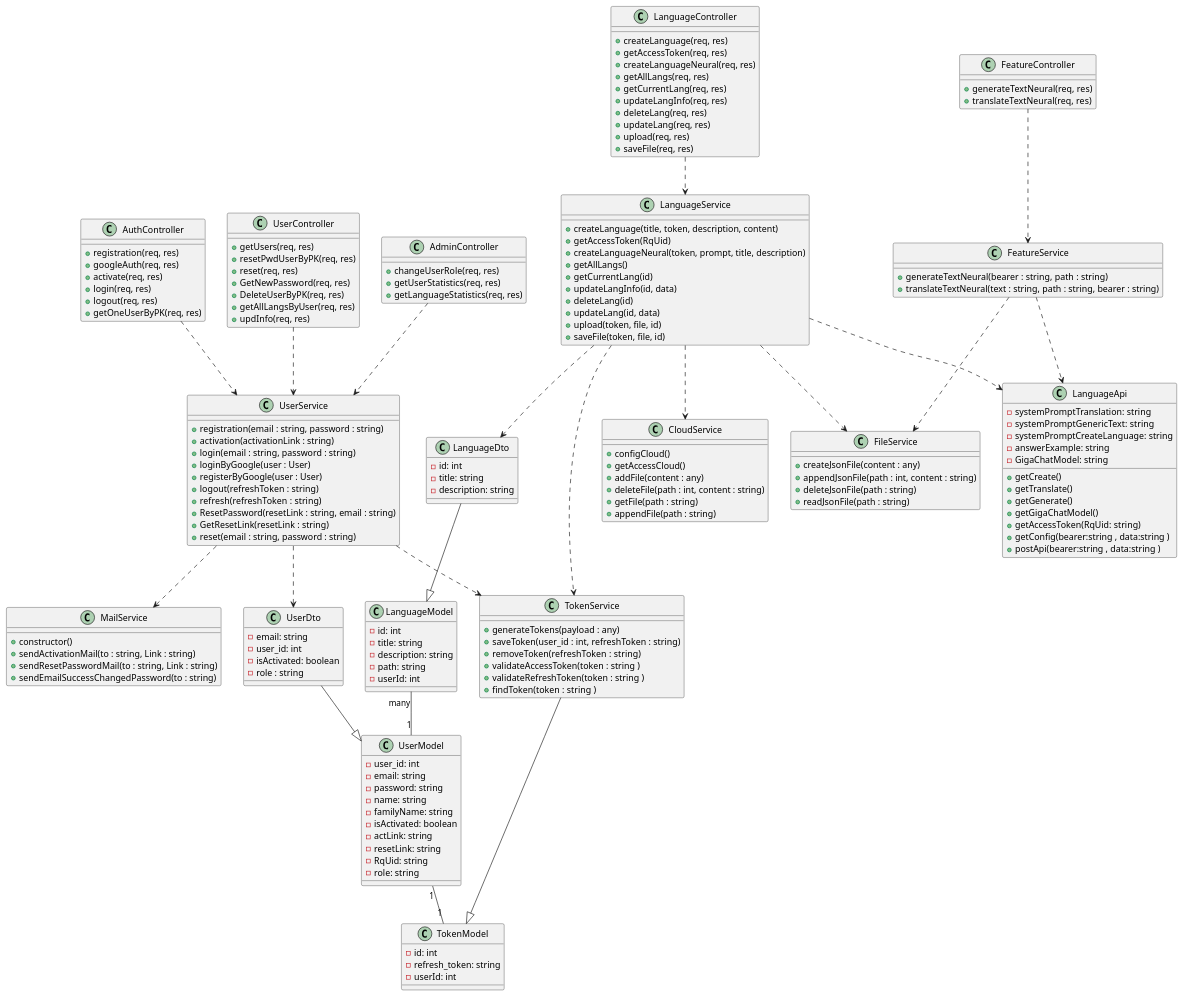
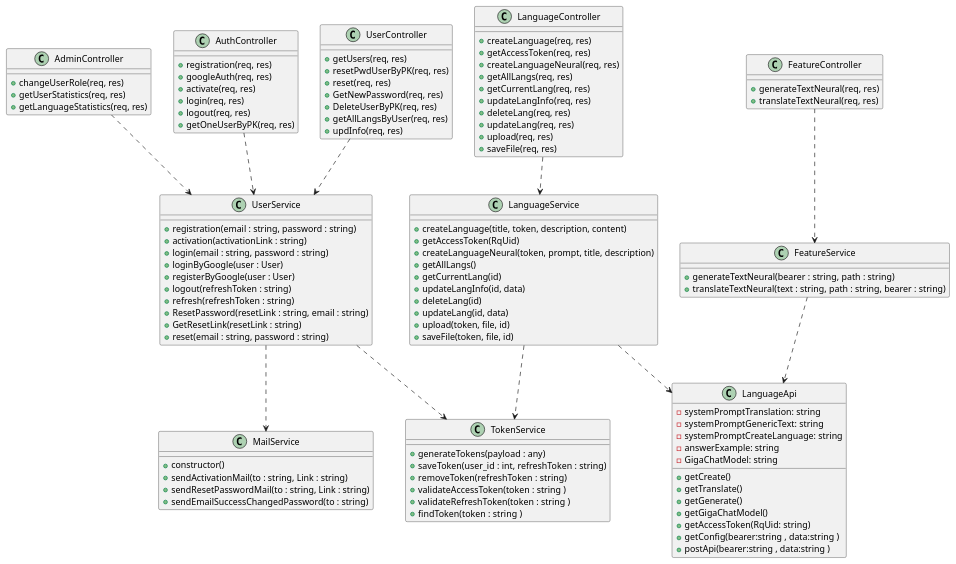
The diagram in server/docs/testclass.wsd (Kittienessless/D_Lingify), drawn with PlantUML before and after one commit. The commit also changed 32 other files, not shown here.

```diff
--- a/server/docs/testclass.wsd
+++ b/server/docs/testclass.wsd
@@ -1,185 +1,120 @@
 @startuml ClassDiagramm
 
-class UserModel { 
--user_id: int 
--email: string 
--password: string 
--name: string 
--familyName: string 
--isActivated: boolean 
--actLink: string 
--resetLink: string 
--RqUid: string 
--role: string 
-}
-
-class TokenModel { 
--id: int 
--refresh_token: string 
--userId: int 
-}
-
-class LanguageModel { 
--id: int 
--title: string 
--description: string 
--path: string 
--userId: int 
-}
-
-class UserDto { 
--email: string 
--user_id: int 
--isActivated: boolean 
--role : string 
-}
-
-class LanguageDto { 
--id: int 
--title: string 
--description: string 
-}
 
 class AuthController { 
 +registration(req, res) 
 +googleAuth(req, res) 
 +activate(req, res) 
 +login(req, res) 
 +logout(req, res) 
 +getOneUserByPK(req, res) 
 }
 
 class UserController { 
 +getUsers(req, res) 
 +resetPwdUserByPK(req, res) 
 +reset(req, res) 
 +GetNewPassword(req, res) 
 +DeleteUserByPK(req, res) 
 +getAllLangsByUser(req, res) 
 +updInfo(req, res) 
 }
 
 class LanguageController { 
 +createLanguage(req, res) 
 +getAccessToken(req, res) 
 +createLanguageNeural(req, res) 
 +getAllLangs(req, res) 
 +getCurrentLang(req, res) 
 +updateLangInfo(req, res) 
 +deleteLang(req, res) 
 +updateLang(req, res) 
 +upload(req, res) 
 +saveFile(req, res) 
 }
 
 class FeatureController { 
 +generateTextNeural(req, res) 
 +translateTextNeural(req, res) 
 }
 
 class AdminController { 
 +changeUserRole(req, res) 
 +getUserStatistics(req, res) 
 +getLanguageStatistics(req, res) 
 }
 
 class FeatureService { 
 +generateTextNeural(bearer : string, path : string) 
 +translateTextNeural(text : string, path : string, bearer : string) 
 }
 
 class UserService { 
 +registration(email : string, password : string) 
 +activation(activationLink : string) 
 +login(email : string, password : string) 
 +loginByGoogle(user : User) 
 +registerByGoogle(user : User) 
 +logout(refreshToken : string) 
 +refresh(refreshToken : string) 
 +ResetPassword(resetLink : string, email : string) 
 +GetResetLink(resetLink : string) 
 +reset(email : string, password : string) 
 }
 
 class MailService { 
 +constructor() 
 +sendActivationMail(to : string, Link : string) 
 +sendResetPasswordMail(to : string, Link : string) 
 +sendEmailSuccessChangedPassword(to : string) 
 }
 
-class FileService {
-+createJsonFile(content : any) 
-+appendJsonFile(path : int, content : string) 
-+deleteJsonFile(path : string) 
-+readJsonFile(path : string)
-}
-class CloudService { 
-+configCloud()
-+getAccessCloud()
-+addFile(content : any) 
-+deleteFile(path : int, content : string) 
-+getFile(path : string) 
-+appendFile(path : string)
-}
+
 class TokenService { 
 +generateTokens(payload : any) 
 +saveToken(user_id : int, refreshToken : string) 
 +removeToken(refreshToken : string) 
 +validateAccessToken(token : string ) 
 +validateRefreshToken(token : string ) 
 +findToken(token : string ) 
 }
 class LanguageService {
 +createLanguage(title, token, description, content) 
 +getAccessToken(RqUid) 
 +createLanguageNeural(token, prompt, title, description) 
 +getAllLangs() 
 +getCurrentLang(id) 
 +updateLangInfo(id, data) 
 +deleteLang(id) 
 +updateLang(id, data) 
 +upload(token, file, id) 
 +saveFile(token, file, id) 
 }
 class LanguageApi { 
 -systemPromptTranslation: string 
 -systemPromptGenericText: string 
 -systemPromptCreateLanguage: string 
 -answerExample: string 
 -GigaChatModel: string 
 +getCreate() 
 +getTranslate() 
 +getGenerate() 
 +getGigaChatModel() 
 +getAccessToken(RqUid: string) 
 +getConfig(bearer:string , data:string ) 
 +postApi(bearer:string , data:string ) 
 }
 
 
-
-UserModel "1" -- "1" TokenModel 
-LanguageModel "many" -- "1" UserModel 
-
-
-UserDto --|> UserModel
-LanguageDto --|> LanguageModel
-TokenService--|>TokenModel
-UserService..>UserDto
-LanguageService..>LanguageDto
 AuthController ..> UserService 
 UserController ..> UserService 
 LanguageController ..> LanguageService
 UserService ..>TokenService
 UserService ..>MailService
 FeatureController..>FeatureService
 AdminController..>UserService
 FeatureService ..> LanguageApi
 LanguageService..>LanguageApi
-LanguageService..>FileService
-LanguageService..>CloudService
-FeatureService ..>FileService
 LanguageService..>TokenService
 
 @enduml
```
